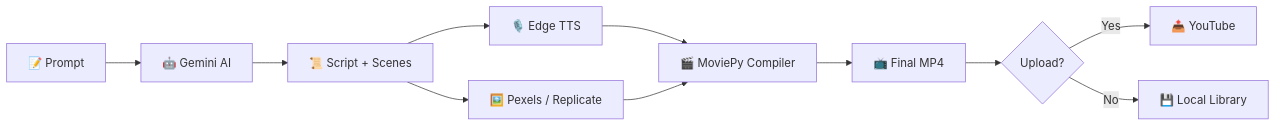
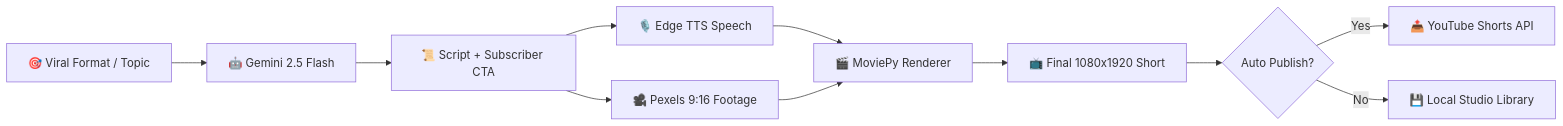
The diagram in README.md (yashpatel521/youtube-short-AI-automation), drawn with Mermaid before and after one commit. The commit also changed other lines of this file, not shown here.

Commit message:
docs: update README.md with 6 viral Shorts formats, analytics, remixer, and automation details

````diff
--- a/README.md
+++ b/README.md
@@ -165,13 +166,13 @@
 ```mermaid
 graph LR
-    A[📝 Prompt] --> B[🤖 Gemini AI]
-    B --> C[📜 Script + Scenes]
-    C --> D[🎙️ Edge TTS]
-    C --> E[🖼️ Pexels / Replicate]
-    D --> F[🎬 MoviePy Compiler]
+    A[🎯 Viral Format / Topic] --> B[🤖 Gemini 2.5 Flash]
+    B --> C[📜 Script + Subscriber CTA]
+    C --> D[🎙️ Edge TTS Speech]
+    C --> E[🎥 Pexels 9:16 Footage]
+    D --> F[🎬 MoviePy Renderer]
     E --> F
-    F --> G[📺 Final MP4]
-    G --> H{Upload?}
-    H -->|Yes| I[📤 YouTube]
-    H -->|No| J[💾 Local Library]
+    F --> G[📺 Final 1080x1920 Short]
+    G --> H{Auto Publish?}
+    H -->|Yes| I[📤 YouTube Shorts API]
+    H -->|No| J[💾 Local Studio Library]
 ```
````
